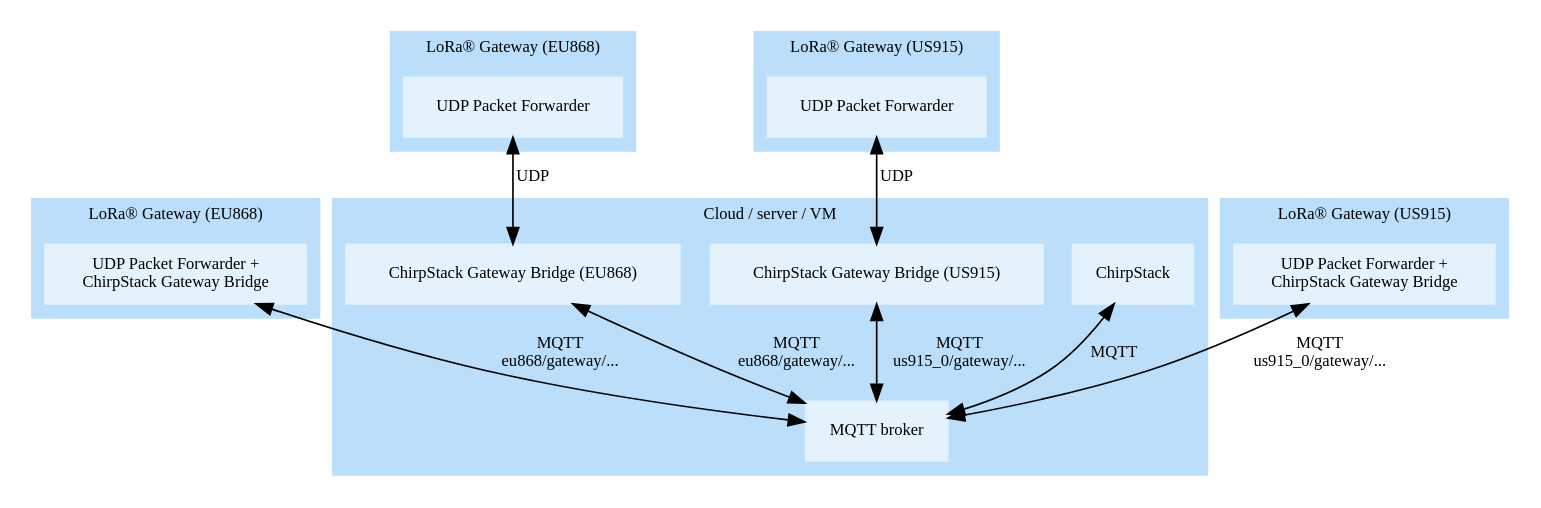
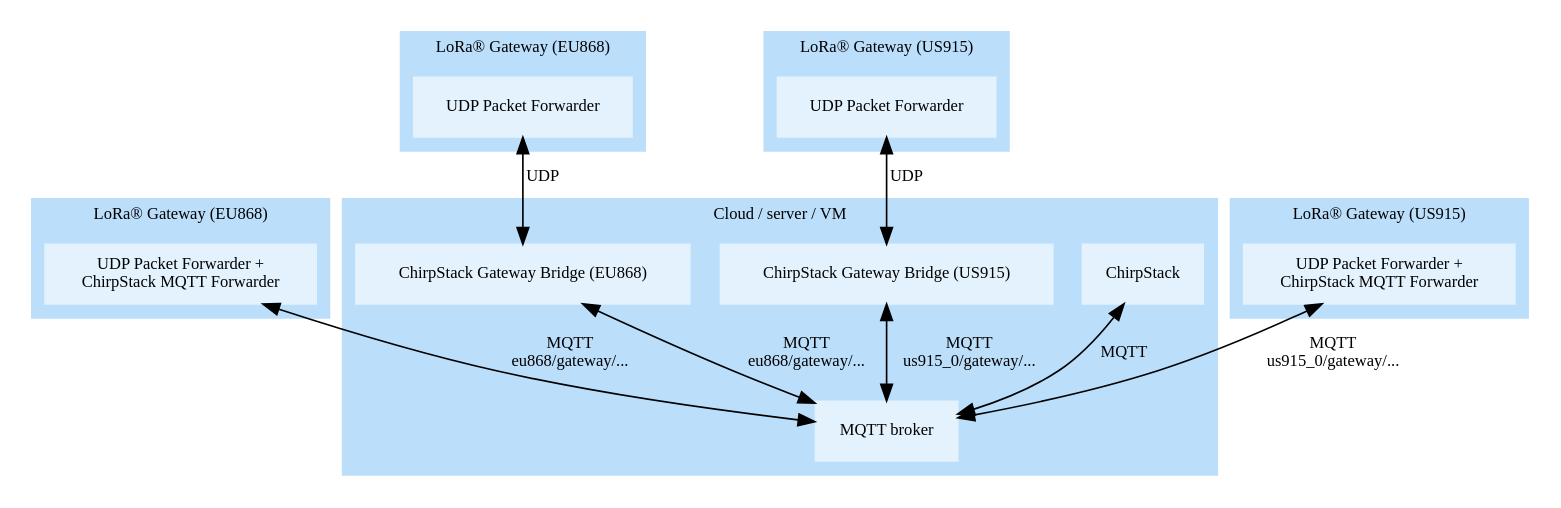
The second of 3 diagrams in src/architecture.md (chirpstack/chirpstack-docs), drawn with Graphviz before and after one commit. The commit also changed other lines of this file and 20 other files, not shown here.

Commit message:
Add ChirpStack MQTT Forwarder + Concentratord configuration.

````diff
--- a/src/architecture.md
+++ b/src/architecture.md
@@ -89,66 +99,66 @@
 ```dot process
 digraph G {
 	node [shape=record,fontsize="10"];
 	edge [fontsize="10"];
 	fontsize="10";
 
 	subgraph cluster_0 {
 		style=filled;
 		color="#bbdefb";
 		node [style=filled,color="#e3f2fd"];
 
 		"chirpstack" -> "pub-sub" [dir="both",label="MQTT"];
 		"chirpstack-gateway-bridge-cloud-eu868" -> "pub-sub" [dir="both" label="MQTT\neu868/gateway/..."];
 		"chirpstack-gateway-bridge-cloud-us915" -> "pub-sub" [dir="both" label="MQTT\nus915_0/gateway/..."];
 
 		"chirpstack" [label="ChirpStack"];
 		"pub-sub" [label="MQTT broker"];
 		"chirpstack-gateway-bridge-cloud-eu868" [label="ChirpStack Gateway Bridge (EU868)"];
 		"chirpstack-gateway-bridge-cloud-us915" [label="ChirpStack Gateway Bridge (US915)"];
 
 		label = "Cloud / server / VM";
 	}
 
 	subgraph cluster_1 {
 		style=filled;
 		color="#bbdefb";
 		node [style=filled,color="#e3f2fd"];
 		label="LoRa&reg; Gateway (EU868)";
 
 		"chirpstack-gateway-bridge-gw-eu868" -> "pub-sub" [label="MQTT\neu868/gateway/...",dir="both"];
-		"chirpstack-gateway-bridge-gw-eu868" [label="UDP Packet Forwarder +\nChirpStack Gateway Bridge"];
+		"chirpstack-gateway-bridge-gw-eu868" [label="UDP Packet Forwarder +\nChirpStack MQTT Forwarder"];
 	}
 
 
 	subgraph cluster_2 {
 		style=filled;
 		color="#bbdefb";
 		node [style=filled,color="#e3f2fd"];
 		label="LoRa&reg; Gateway (EU868)";
 
 		"packet-forwarder-gw2-eu868" -> "chirpstack-gateway-bridge-cloud-eu868" [label="UDP",dir="both"];
 		"packet-forwarder-gw2-eu868" [label="UDP Packet Forwarder"];
 	}
 
 	subgraph cluster_3 {
 		style=filled;
 		color="#bbdefb";
 		node [style=filled,color="#e3f2fd"];
 		label="LoRa&reg; Gateway (US915)";
 
 		"chirpstack-gateway-bridge-gw-us915" -> "pub-sub" [label="MQTT\nus915_0/gateway/...",dir="both"];
-		"chirpstack-gateway-bridge-gw-us915" [label="UDP Packet Forwarder +\nChirpStack Gateway Bridge"];
+		"chirpstack-gateway-bridge-gw-us915" [label="UDP Packet Forwarder +\nChirpStack MQTT Forwarder"];
 	}
 
 
 	subgraph cluster_4 {
 		style=filled;
 		color="#bbdefb";
 		node [style=filled,color="#e3f2fd"];
 		label="LoRa&reg; Gateway (US915)";
 
 		"packet-forwarder-gw2-us915" -> "chirpstack-gateway-bridge-cloud-us915" [label="UDP",dir="both"];
 		"packet-forwarder-gw2-us915" [label="UDP Packet Forwarder"];
 	}
 }
 ```
````
